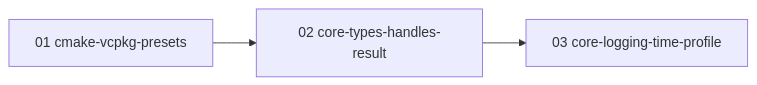
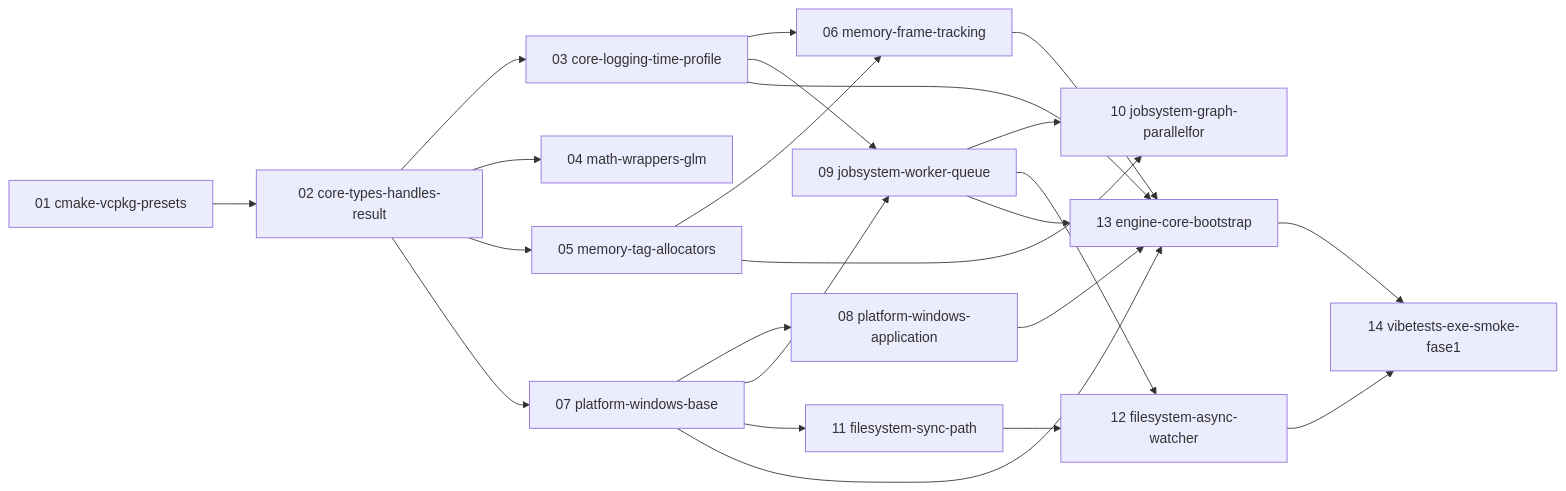
One commit to ewertonxyz/vibe-engine changed the diagram in Docs/Roadmap/README.md. Above: the diagram before and after it, drawn with Mermaid. The commit also changed other lines of this file and 18 other files, not shown here.

````diff
--- a/Docs/Roadmap/README.md
+++ b/Docs/Roadmap/README.md
@@ -34,9 +45,40 @@
 ```mermaid
 graph LR
     T01[01 cmake-vcpkg-presets]
     T02[02 core-types-handles-result]
     T03[03 core-logging-time-profile]
+    T04[04 math-wrappers-glm]
+    T05[05 memory-tag-allocators]
+    T06[06 memory-frame-tracking]
+    T07[07 platform-windows-base]
+    T08[08 platform-windows-application]
+    T09[09 jobsystem-worker-queue]
+    T10[10 jobsystem-graph-parallelfor]
+    T11[11 filesystem-sync-path]
+    T12[12 filesystem-async-watcher]
+    T13[13 engine-core-bootstrap]
+    T14[14 vibetests-exe-smoke-fase1]
 
     T01 --> T02
     T02 --> T03
+    T02 --> T04
+    T02 --> T05
+    T03 --> T06
+    T05 --> T06
+    T02 --> T07
+    T07 --> T08
+    T03 --> T09
+    T07 --> T09
+    T05 --> T10
+    T09 --> T10
+    T07 --> T11
+    T09 --> T12
+    T11 --> T12
+    T03 --> T13
+    T06 --> T13
+    T07 --> T13
+    T08 --> T13
+    T09 --> T13
+    T12 --> T14
+    T13 --> T14
 ```
````
